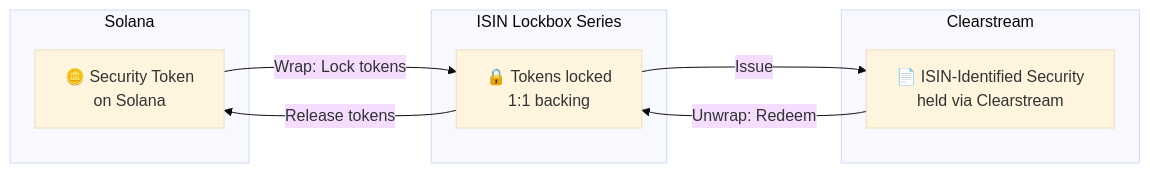
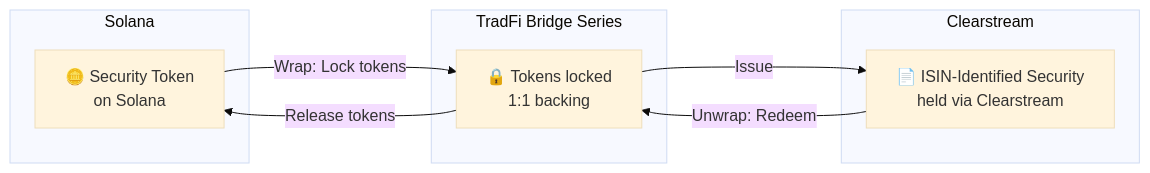
The seventh of 9 diagrams in hugo-site/content/whatsails.md (hrbrlife/sailsto_website), drawn with Mermaid (base theme) before and after one commit. The commit also changed other lines of this file and 7 other files, not shown here.

```diff
--- a/hugo-site/content/whatsails.md
+++ b/hugo-site/content/whatsails.md
@@ -812,16 +812,16 @@
         <div class="mermaid">
         flowchart LR
             subgraph Solana
                 ST["🪙 Security Token<br/>on Solana"]
             end
-            subgraph IssuerLLC["ISIN Lockbox Series"]
+            subgraph IssuerLLC["TradFi Bridge Series"]
                 LOCK["🔒 Tokens locked<br/>1:1 backing"]
             end
             subgraph Clearstream
                 ISIN["📄 ISIN-Identified Security<br/>held via Clearstream"]
             end
             ST -->|Wrap: Lock tokens| LOCK
             LOCK -->|Issue| ISIN
             ISIN -->|Unwrap: Redeem| LOCK
             LOCK -->|Release tokens| ST
         </div>
```
